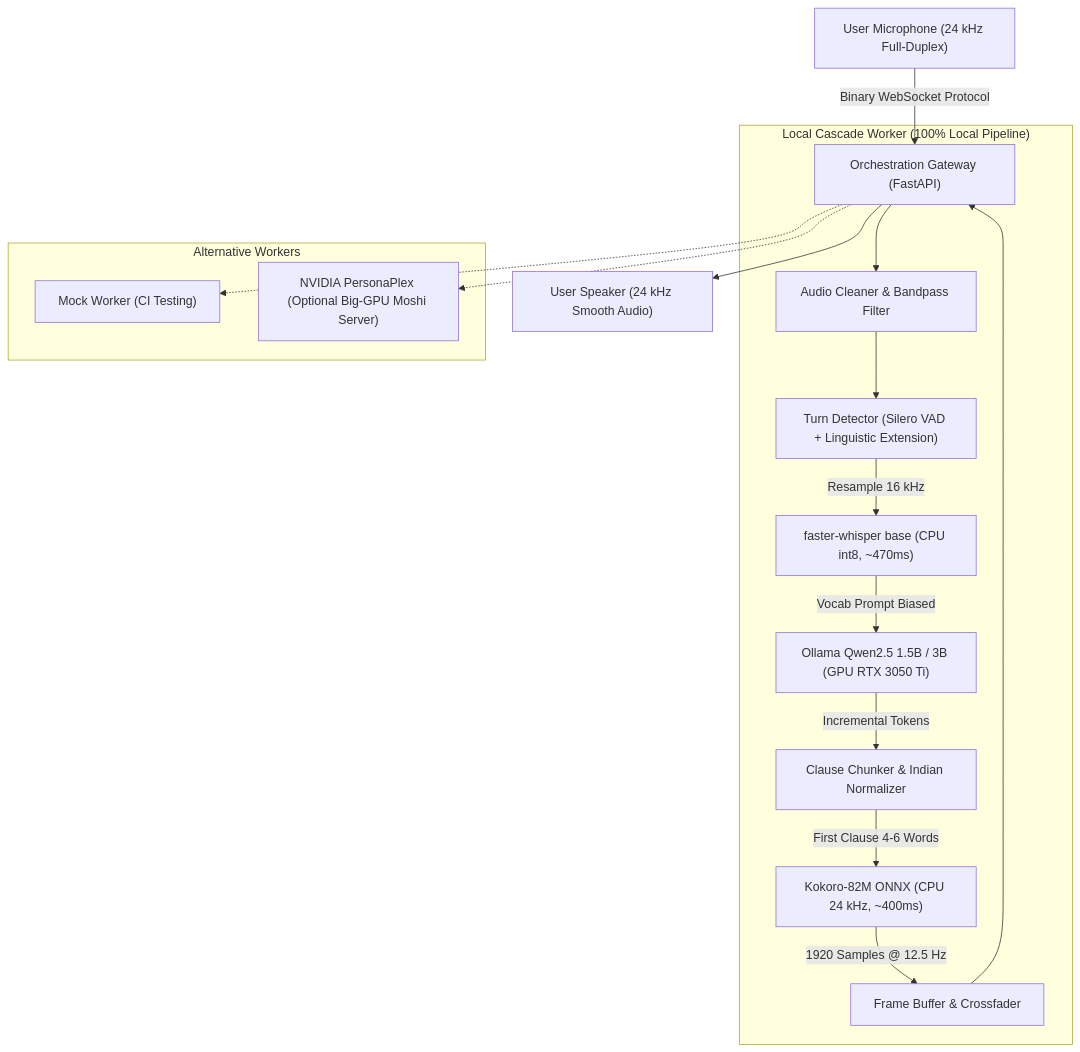
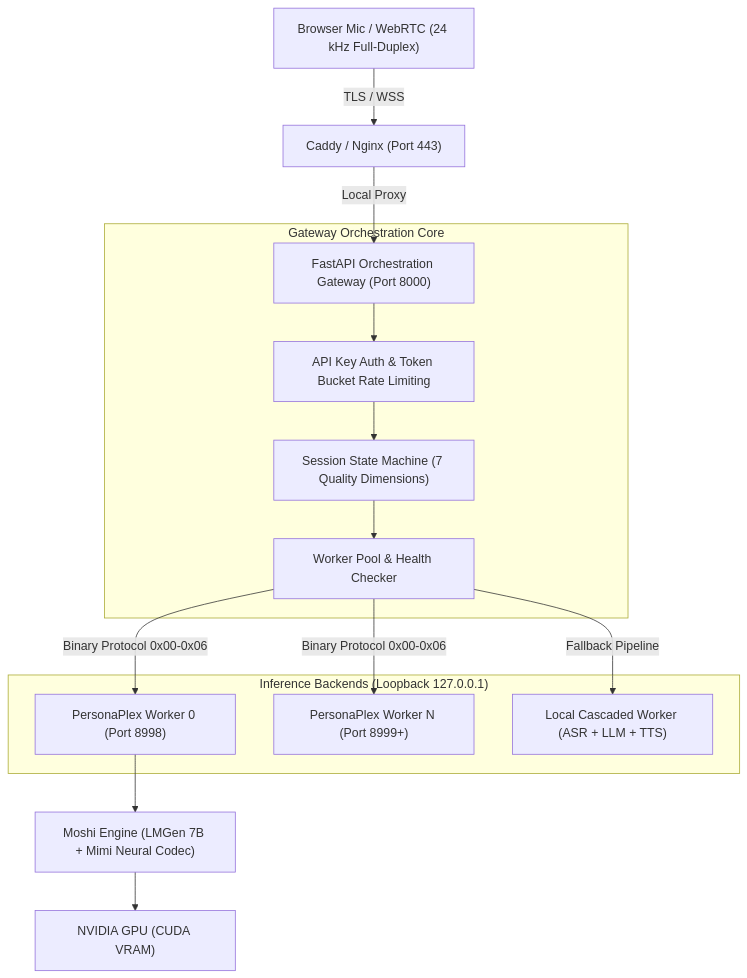
Before and after one commit to kishorrkumar/orchestration_ai: the diagram in README.md, drawn with Mermaid. The commit also changed other lines of this file, not shown here.

Commit message:
docs: complete production documentation, deployment guides, and API reference

````diff
--- a/README.md
+++ b/README.md
@@ -11,25 +9,20 @@
 ```mermaid
 flowchart TD
-    Caller["User Microphone (24 kHz Full-Duplex)"] -->|Binary WebSocket Protocol| Gateway["Orchestration Gateway (FastAPI)"]
+    Client["Browser Mic / WebRTC (24 kHz Full-Duplex)"] -->|TLS / WSS| Proxy["Caddy / Nginx (Port 443)"]
+    Proxy -->|Local Proxy| Gateway["FastAPI Orchestration Gateway (Port 8000)"]
     
-    subgraph LocalCascadeEngine ["Local Cascade Worker (100% Local Pipeline)"]
-        Gateway --> Cleaner["Audio Cleaner & Bandpass Filter"]
-        Cleaner --> TurnDet["Turn Detector (Silero VAD + Linguistic Extension)"]
-        
-        TurnDet -->|Resample 16 kHz| ASR["faster-whisper base (CPU int8, ~470ms)"]
-        ASR -->|Vocab Prompt Biased| LLM["Ollama Qwen2.5 1.5B / 3B (GPU RTX 3050 Ti)"]
-        
-        LLM -->|Incremental Tokens| Chunker["Clause Chunker & Indian Normalizer"]
-        Chunker -->|First Clause 4-6 Words| TTS["Kokoro-82M ONNX (CPU 24 kHz, ~400ms)"]
-        
-        TTS -->|1920 Samples @ 12.5 Hz| OutBuffer["Frame Buffer & Crossfader"]
-        OutBuffer --> Gateway
+    subgraph GatewayCore ["Gateway Orchestration Core"]
+        Gateway --> Sec["API Key Auth & Token Bucket Rate Limiting"]
+        Sec --> SM["Session State Machine (7 Quality Dimensions)"]
+        SM --> Pool["Worker Pool & Health Checker"]
     end
     
-    Gateway --> Speaker["User Speaker (24 kHz Smooth Audio)"]
+    subgraph Backends ["Inference Backends (Loopback 127.0.0.1)"]
+        Pool -->|Binary Protocol 0x00-0x06| Worker1["PersonaPlex Worker 0 (Port 8998)"]
+        Pool -->|Binary Protocol 0x00-0x06| WorkerN["PersonaPlex Worker N (Port 8999+)"]
+        Pool -->|Fallback Pipeline| LocalCascade["Local Cascaded Worker (ASR + LLM + TTS)"]
+    end
     
-    subgraph OptionalBackend ["Alternative Workers"]
-        Gateway -.-> Mock["Mock Worker (CI Testing)"]
-        Gateway -.-> PersonaPlex["NVIDIA PersonaPlex (Optional Big-GPU Moshi Server)"]
-    end
+    Worker1 --> MoshiEngine["Moshi Engine (LMGen 7B + Mimi Neural Codec)"]
+    MoshiEngine --> GPU["NVIDIA GPU (CUDA VRAM)"]
 ```
````
